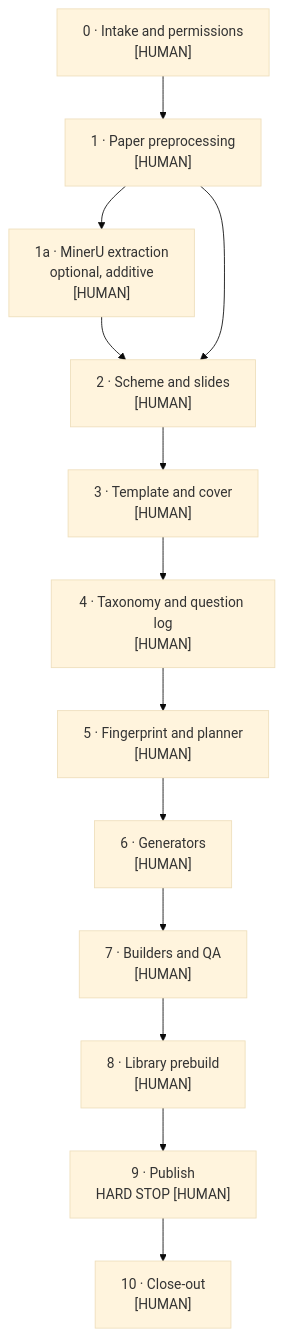
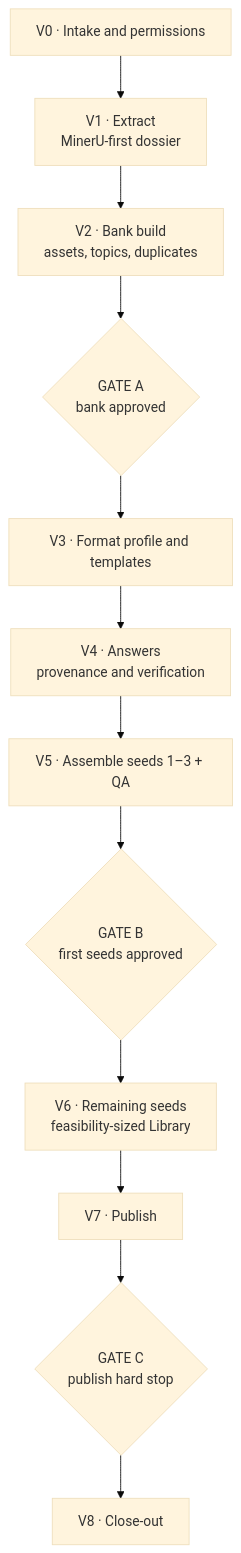
The second of 3 diagrams in README.md (jerkfish/paper-generator), drawn with Mermaid (base theme) before and after one commit. The commit also changed other lines of this file, not shown here.

````diff
--- a/README.md
+++ b/README.md
@@ -104,15 +140,14 @@
 ```mermaid
 flowchart TD
-  S0["0 · Intake and permissions<br/>[HUMAN]"] --> S1["1 · Paper preprocessing<br/>[HUMAN]"]
-  S1 --> S1A["1a · MinerU extraction<br/>optional, additive<br/>[HUMAN]"]
-  S1A --> S2["2 · Scheme and slides<br/>[HUMAN]"]
-  S1 --> S2
-  S2 --> S3["3 · Template and cover<br/>[HUMAN]"]
-  S3 --> S4["4 · Taxonomy and question log<br/>[HUMAN]"]
-  S4 --> S5["5 · Fingerprint and planner<br/>[HUMAN]"]
-  S5 --> S6["6 · Generators<br/>[HUMAN]"]
-  S6 --> S7["7 · Builders and QA<br/>[HUMAN]"]
-  S7 --> S8["8 · Library prebuild<br/>[HUMAN]"]
-  S8 --> S9["9 · Publish<br/>HARD STOP [HUMAN]"]
-  S9 --> S10["10 · Close-out<br/>[HUMAN]"]
+  V0["V0 · Intake and permissions"] --> V1["V1 · Extract<br/>MinerU-first dossier"]
+  V1 --> V2["V2 · Bank build<br/>assets, topics, duplicates"]
+  V2 --> GA{"GATE A<br/>bank approved"}
+  GA --> V3["V3 · Format profile and templates"]
+  V3 --> V4["V4 · Answers<br/>provenance and verification"]
+  V4 --> V5["V5 · Assemble seeds 1–3 + QA"]
+  V5 --> GB{"GATE B<br/>first seeds approved"}
+  GB --> V6["V6 · Remaining seeds<br/>feasibility-sized Library"]
+  V6 --> V7["V7 · Publish"]
+  V7 --> GC{"GATE C<br/>publish hard stop"}
+  GC --> V8["V8 · Close-out"]
 ```
````
